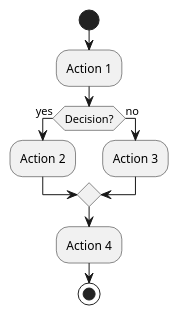
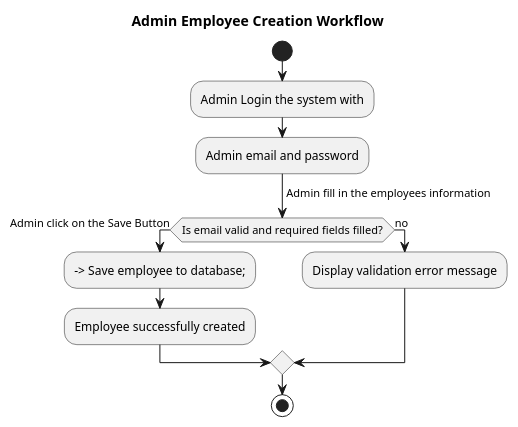
Before and after one commit to huyho09/user-story-2-diagram: the diagram in backend/diagram.puml, drawn with PlantUML. The commit also changed 3 other files, not shown here.

Commit message:
Fixed generate diagram with empty object

```diff
--- a/backend/diagram.puml
+++ b/backend/diagram.puml
@@ -1,13 +1,22 @@
 @startuml
 
+title Admin Employee Creation Workflow
+
 start
-:Action 1;
-if (Decision?) then (yes)
-  :Action 2;
+:Admin Login the system with;
+:Admin email and password;
+-> Navigate to Employee tab;
+-> Click on create employee button;
+-> Admin fill in the employees information;
+
+if (Is email valid and required fields filled?) then (yes)
+  -> Admin click on the Save Button;
+  --> Save employee to database;
+  :Employee successfully created;
 else (no)
-  :Action 3;
+  :Display validation error message;
 endif
-:Action 4;
+
 stop
 
 @enduml
```
